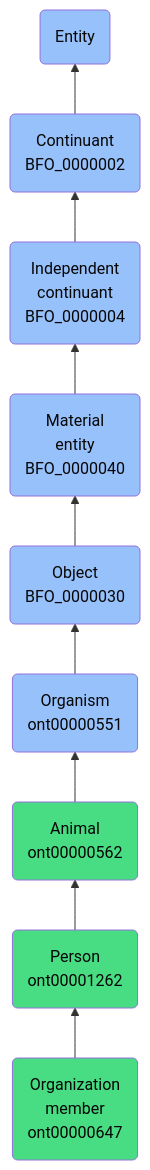
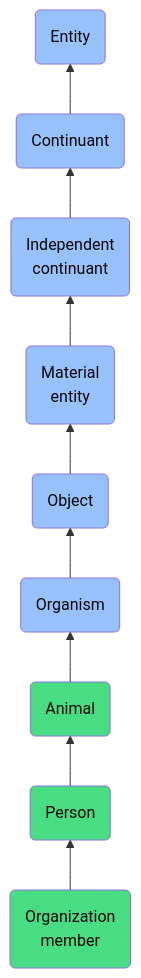
The diagram in docs/ontology/reference/model/Entity/Continuant/Independent continuant/Material entity/Object/Organism/Animal/Person/Organization member/Organization member.md (jupyter-naas/abi), drawn with Mermaid before and after one commit. The commit also changed other lines of this file and 1430 other files, not shown here.

````diff
--- a/docs/ontology/reference/model/Entity/Continuant/Independent continuant/Material entity/Object/Organism/Animal/Person/Organization member/Organization member.md
+++ b/docs/ontology/reference/model/Entity/Continuant/Independent continuant/Material entity/Object/Organism/Animal/Person/Organization member/Organization member.md
@@ -24,16 +24,16 @@
 ```mermaid
 graph BT
-    ont00000647(Organization<br>member<br>ont00000647):::ABI-->ont00001262
-    ont00001262(Person<br>ont00001262):::ABI-->ont00000562
-    ont00000562(Animal<br>ont00000562):::ABI-->ont00000551
-    ont00000551(Organism<br>ont00000551):::BFO-->BFO_0000030
-    BFO_0000030(Object<br>BFO_0000030):::BFO-->BFO_0000040
-    BFO_0000040(Material<br>entity<br>BFO_0000040):::BFO-->BFO_0000004
-    BFO_0000004(Independent<br>continuant<br>BFO_0000004):::BFO-->BFO_0000002
-    BFO_0000002(Continuant<br>BFO_0000002):::BFO-->BFO_0000001
+    ont00000647(Organization<br>member):::ABI-->ont00001262
+    ont00001262(Person):::ABI-->ont00000562
+    ont00000562(Animal):::ABI-->ont00000551
+    ont00000551(Organism):::BFO-->BFO_0000030
+    BFO_0000030(Object):::BFO-->BFO_0000040
+    BFO_0000040(Material<br>entity):::BFO-->BFO_0000004
+    BFO_0000004(Independent<br>continuant):::BFO-->BFO_0000002
+    BFO_0000002(Continuant):::BFO-->BFO_0000001
     BFO_0000001(Entity):::BFO
     
     classDef BFO fill:#97c1fb,color:#060606
     classDef CCO fill:#e4c51e,color:#060606
     classDef ABI fill:#48DD82,color:#060606
 ```
````
